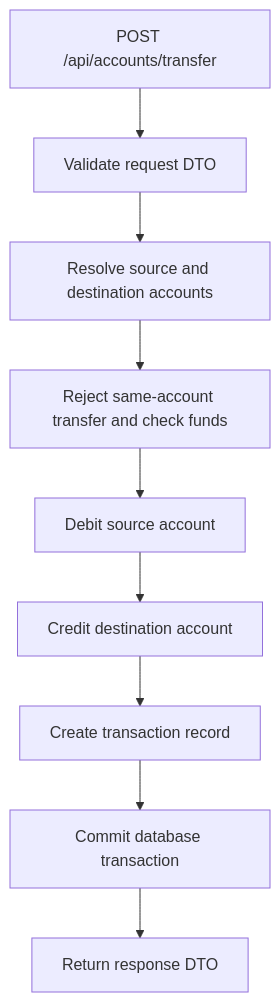
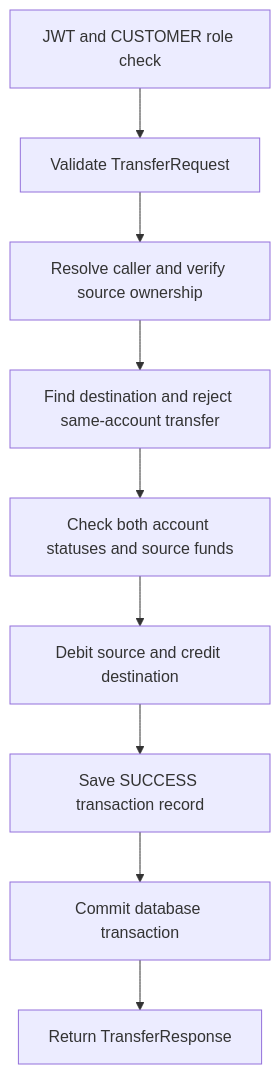
The second of 2 diagrams in docs/ARCHITECTURE.md (MetaAJ/banking-system), drawn with Mermaid before and after one commit. The commit also changed other lines of this file and 3 other files, not shown here.

````diff
--- a/docs/ARCHITECTURE.md
+++ b/docs/ARCHITECTURE.md
@@ -69,11 +62,11 @@
 ```mermaid
 flowchart TD
-    A[POST /api/accounts/transfer] --> B[Validate request DTO]
-    B --> C[Resolve source and destination accounts]
-    C --> D[Reject same-account transfer and check funds]
-    D --> E[Debit source account]
-    E --> F[Credit destination account]
-    F --> G[Create transaction record]
+    A[JWT and CUSTOMER role check] --> B[Validate TransferRequest]
+    B --> C[Resolve caller and verify source ownership]
+    C --> D[Find destination and reject same-account transfer]
+    D --> E[Check both account statuses and source funds]
+    E --> F[Debit source and credit destination]
+    F --> G[Save SUCCESS transaction record]
     G --> H[Commit database transaction]
-    H --> I[Return response DTO]
+    H --> I[Return TransferResponse]
 ```
````
